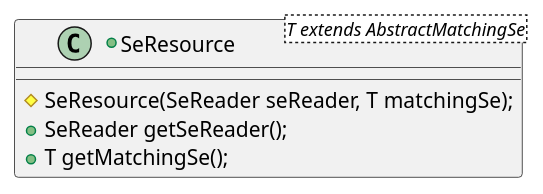
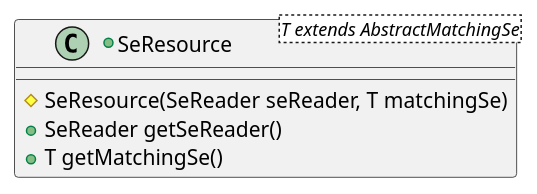
One commit to calypsonet/keyple changed the seventh of 8 diagrams in src/KeypleCoreApi/ApplicationApi/puml/KeypleCore-ApplicationApi-ClassDiag-Selection-ClassElements.iuml. Above: the diagram before and after it, drawn with PlantUML. The commit also changed other lines of this file and 19 other files, not shown here.

```diff
--- a/src/KeypleCoreApi/ApplicationApi/puml/KeypleCore-ApplicationApi-ClassDiag-Selection-ClassElements.iuml
+++ b/src/KeypleCoreApi/ApplicationApi/puml/KeypleCore-ApplicationApi-ClassDiag-Selection-ClassElements.iuml
@@ -122,7 +122,7 @@
 @startuml(id=SELECTION_RESOURCE_0_8)
 +class "SeResource<T extends AbstractMatchingSe>" as SeResource_T {
-  #SeResource(SeReader seReader, T matchingSe);
-  +SeReader getSeReader();
-  +T getMatchingSe();
+  #SeResource(SeReader seReader, T matchingSe)
+  +SeReader getSeReader()
+  +T getMatchingSe()
 }
 @enduml
```
